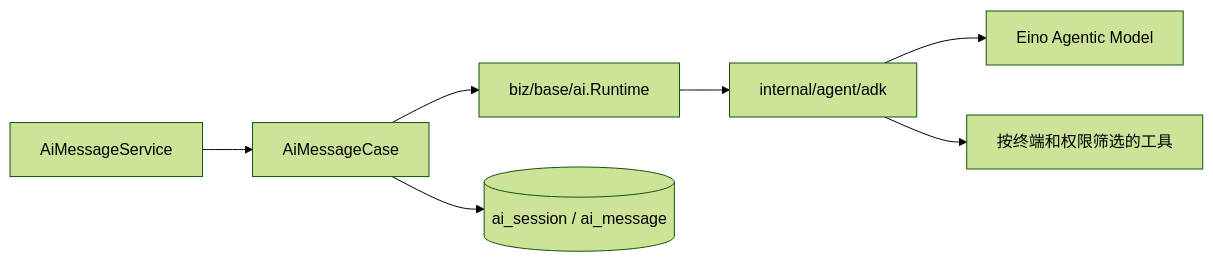
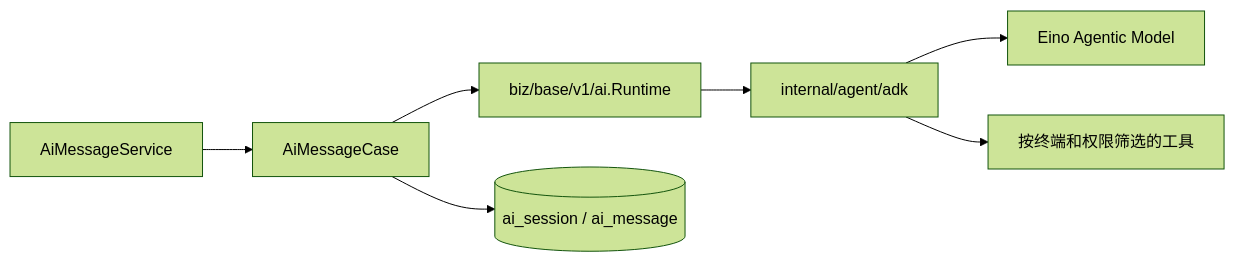
One commit to liujitcn/kratos-admin changed the diagram in docs/AI助手设计.md. Above: the diagram before and after it, drawn with Mermaid (forest theme). The commit also changed other lines of this file and 256 other files, not shown here.

````diff
--- a/docs/AI助手设计.md
+++ b/docs/AI助手设计.md
@@ -29,9 +29,9 @@
 ```mermaid
 flowchart LR
   API["AiMessageService"] --> Case["AiMessageCase"]
-  Case --> Runtime["biz/base/ai.Runtime"]
+  Case --> Runtime["biz/base/v1/ai.Runtime"]
   Runtime --> ADK["internal/agent/adk"]
   ADK --> Model["Eino Agentic Model"]
   ADK --> Tools["按终端和权限筛选的工具"]
   Case --> DB[("ai_session / ai_message")]
 ```
````
